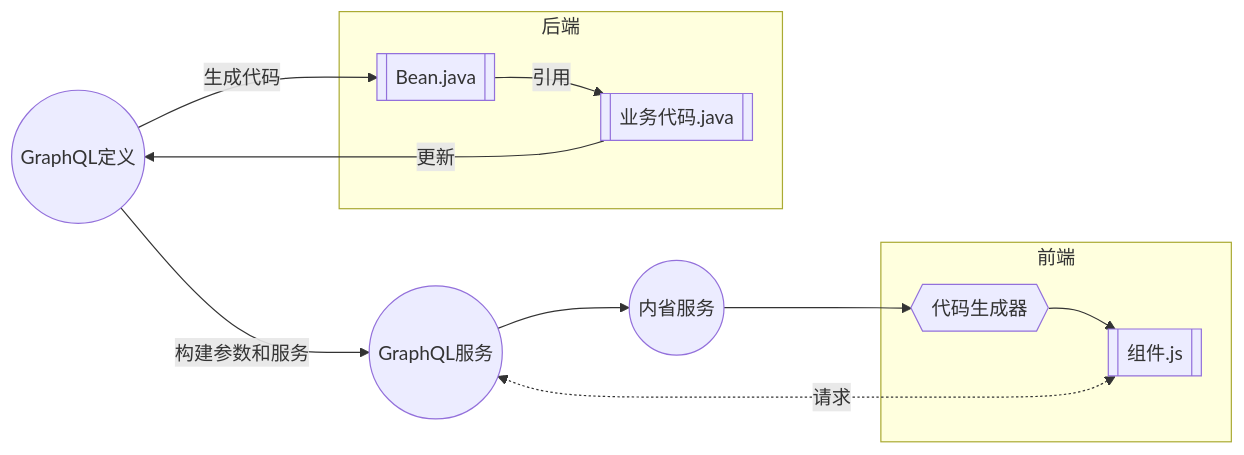
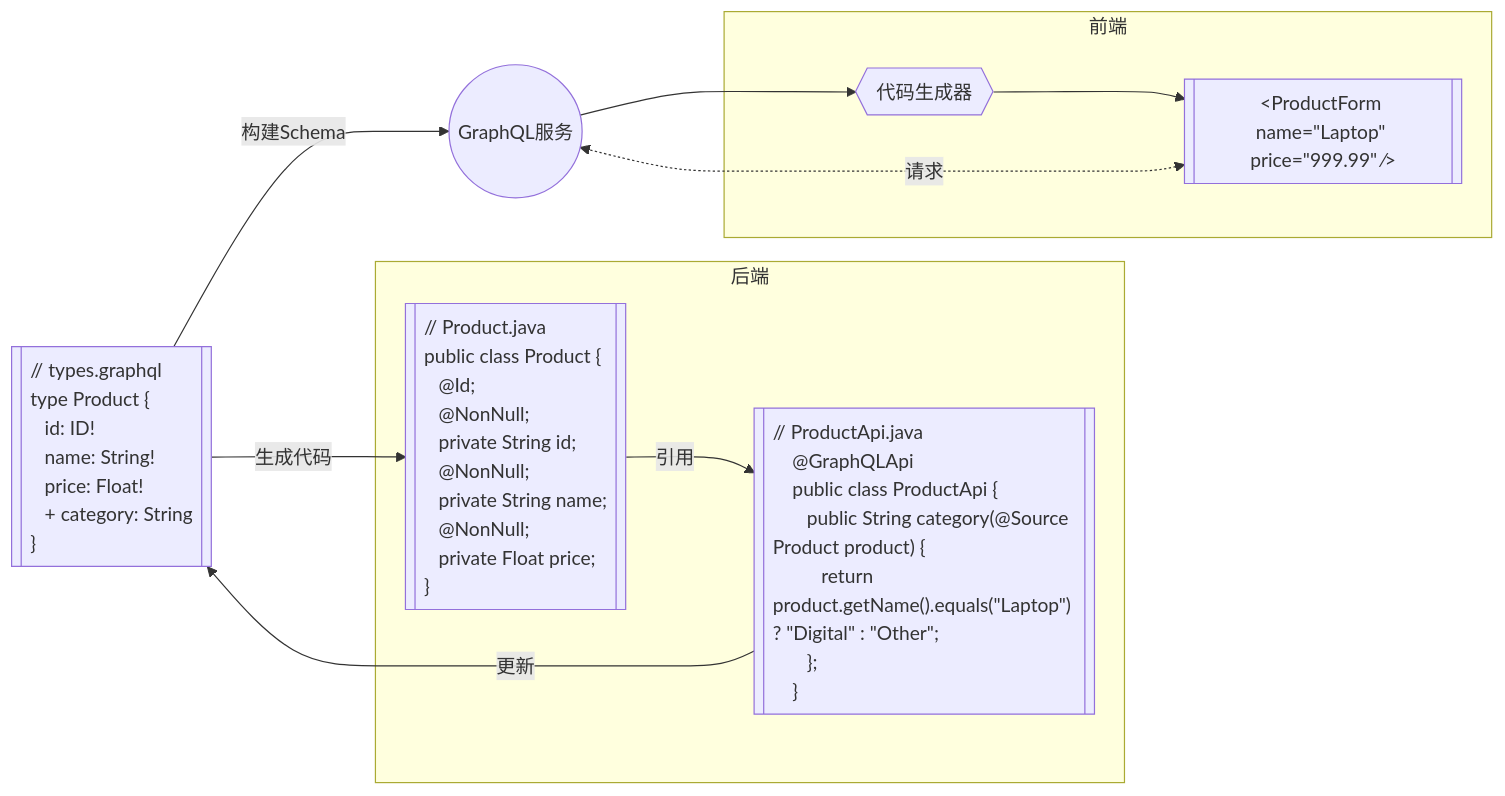
One commit to doukai/gp-doc.github.io changed the sixth of 12 diagrams in docs/intro.md. Above: the diagram before and after it, drawn with Mermaid. The commit also changed other lines of this file, not shown here.

````diff
--- a/docs/intro.md
+++ b/docs/intro.md
@@ -95,14 +164,38 @@
 ```mermaid
 flowchart LR
-    schema((GraphQL定义)) -- 构建参数和服务 --> graphql((GraphQL服务)) --> introspection((内省服务))
-    schema -- 生成代码 --> java[[Bean.java]]
+    schema[["// types.graphql
+    type Product {
+    &emsp;id: ID!
+    &emsp;name: String!
+    &emsp;price: Float!
+    &emsp;+ category: String
+    }"]] -- 构建Schema --> graphql((GraphQL服务))
+    schema -- 生成代码 --> java[["// Product.java
+    public class Product {
+    &emsp;@Id;
+    &emsp;@NonNull;
+    &emsp;private String id;
+    &emsp;@NonNull;
+    &emsp;private String name;
+    &emsp;@NonNull;
+    &emsp;private Float price;
+    }"]]
     code -- 更新 --> schema
-    introspection --> codegen{{代码生成器}}
+    graphql --> codegen{{代码生成器}}
     ui <-. 请求 .-> graphql
     subgraph 后端
-        java -- 引用 --> code[[业务代码.java]]
+        java -- 引用 --> code[["// ProductApi.java
+    @GraphQLApi
+    public class ProductApi {
+    &emsp;public String category(@Source Product product) {
+    &emsp;&emsp;return product.getName().equals(&quot;Laptop&quot;) ? &quot;Digital&quot; : &quot;Other&quot;;
+    &emsp;};
+    }"]]
     end
     subgraph 前端
-        codegen --> ui[[组件.js]]
+        codegen --> ui[["&lt;ProductForm name=&quot;Laptop&quot; price=&quot;999.99&quot; &frasl;&gt;"]]
     end
+    style schema text-align:left
+    style java text-align:left
+    style code text-align:left
 ```
````
